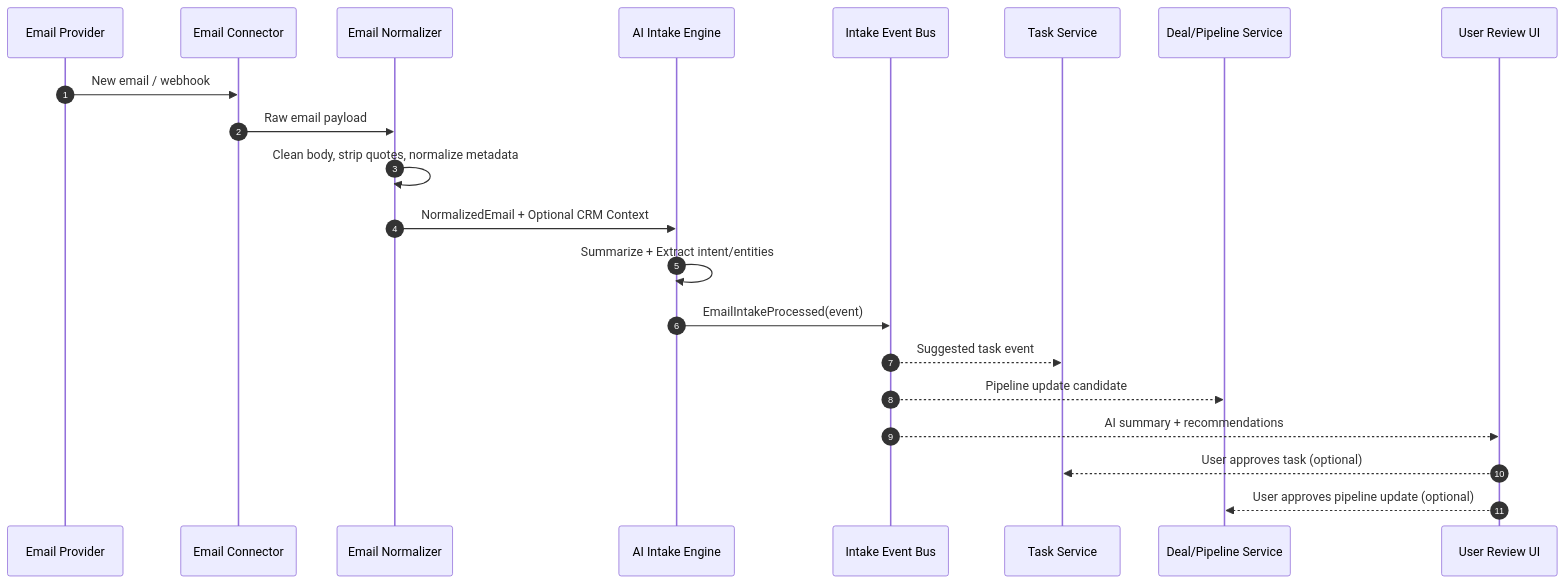
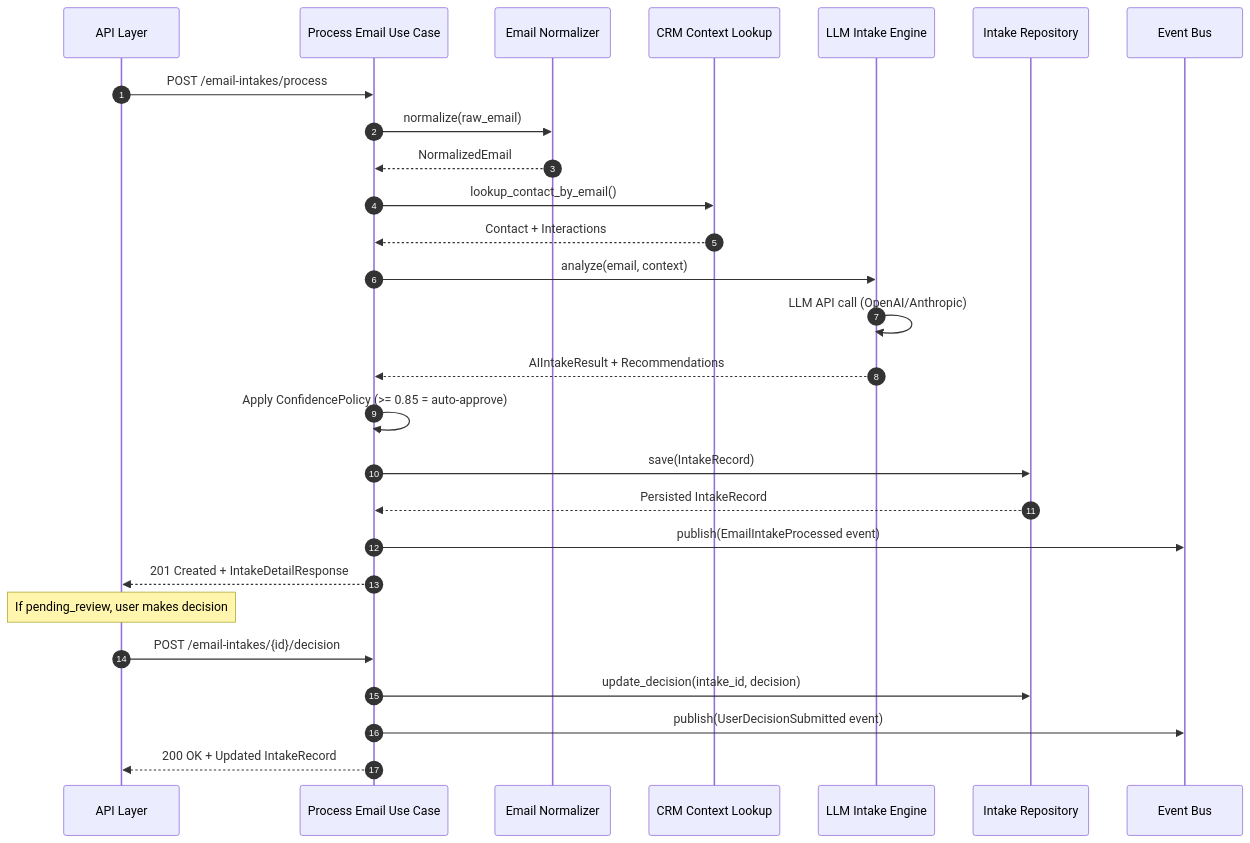
One commit to jtuchinsky/CRM changed the diagram in docs/Email_Intake.md. Above: the diagram before and after it, drawn with Mermaid. The commit also changed other lines of this file and 1 other file, not shown here.

First line of the commit message:
docs: Add comprehensive Email Intake documentation

````diff
--- a/docs/Email_Intake.md
+++ b/docs/Email_Intake.md
@@ -1,27 +11,35 @@
 ```mermaid
 sequenceDiagram
     autonumber
-    participant E as Email Provider
-    participant C as Email Connector
+    participant API as API Layer
+    participant UC as Process Email Use Case
     participant N as Email Normalizer
-    participant A as AI Intake Engine
-    participant B as Intake Event Bus
-    participant T as Task Service
-    participant D as Deal/Pipeline Service
-    participant U as User Review UI
+    participant CRM as CRM Context Lookup
+    participant AI as LLM Intake Engine
+    participant R as Intake Repository
+    participant E as Event Bus
 
-    E->>C: New email / webhook
-    C->>N: Raw email payload
-    N->>N: Clean body, strip quotes, normalize metadata
-    N->>A: NormalizedEmail + Optional CRM Context
+    API->>UC: POST /email-intakes/process
+    UC->>N: normalize(raw_email)
+    N-->>UC: NormalizedEmail
 
-    A->>A: Summarize + Extract intent/entities
-    A->>B: EmailIntakeProcessed(event)
+    UC->>CRM: lookup_contact_by_email()
+    CRM-->>UC: Contact + Interactions
 
-    B-->>T: Suggested task event
-    B-->>D: Pipeline update candidate
-    B-->>U: AI summary + recommendations
+    UC->>AI: analyze(email, context)
+    AI->>AI: LLM API call (OpenAI/Anthropic)
+    AI-->>UC: AIIntakeResult + Recommendations
 
-    U-->>T: User approves task (optional)
-    U-->>D: User approves pipeline update (optional)
+    UC->>UC: Apply ConfidencePolicy (>= 0.85 = auto-approve)
+    UC->>R: save(IntakeRecord)
+    R-->>UC: Persisted IntakeRecord
+
+    UC->>E: publish(EmailIntakeProcessed event)
+    UC-->>API: 201 Created + IntakeDetailResponse
+
+    Note over API: If pending_review, user makes decision
+    API->>UC: POST /email-intakes/{id}/decision
+    UC->>R: update_decision(intake_id, decision)
+    UC->>E: publish(UserDecisionSubmitted event)
+    UC-->>API: 200 OK + Updated IntakeRecord
 ```
````
